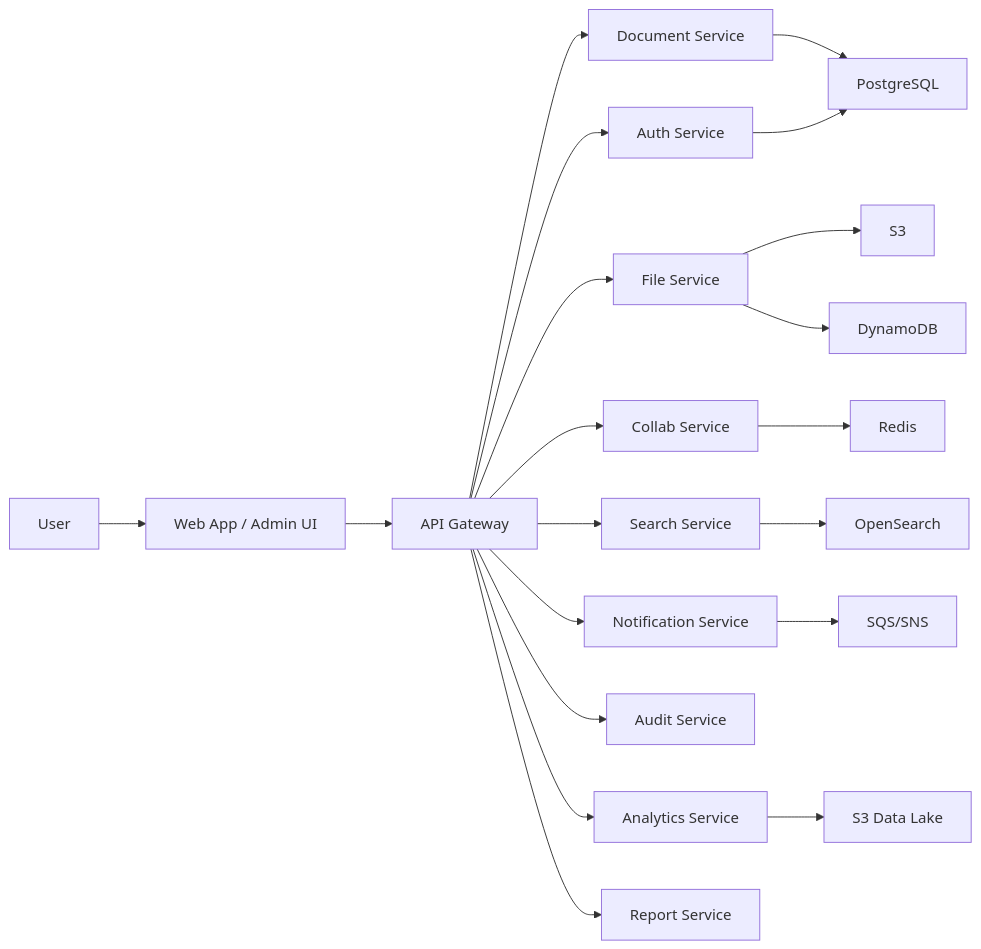
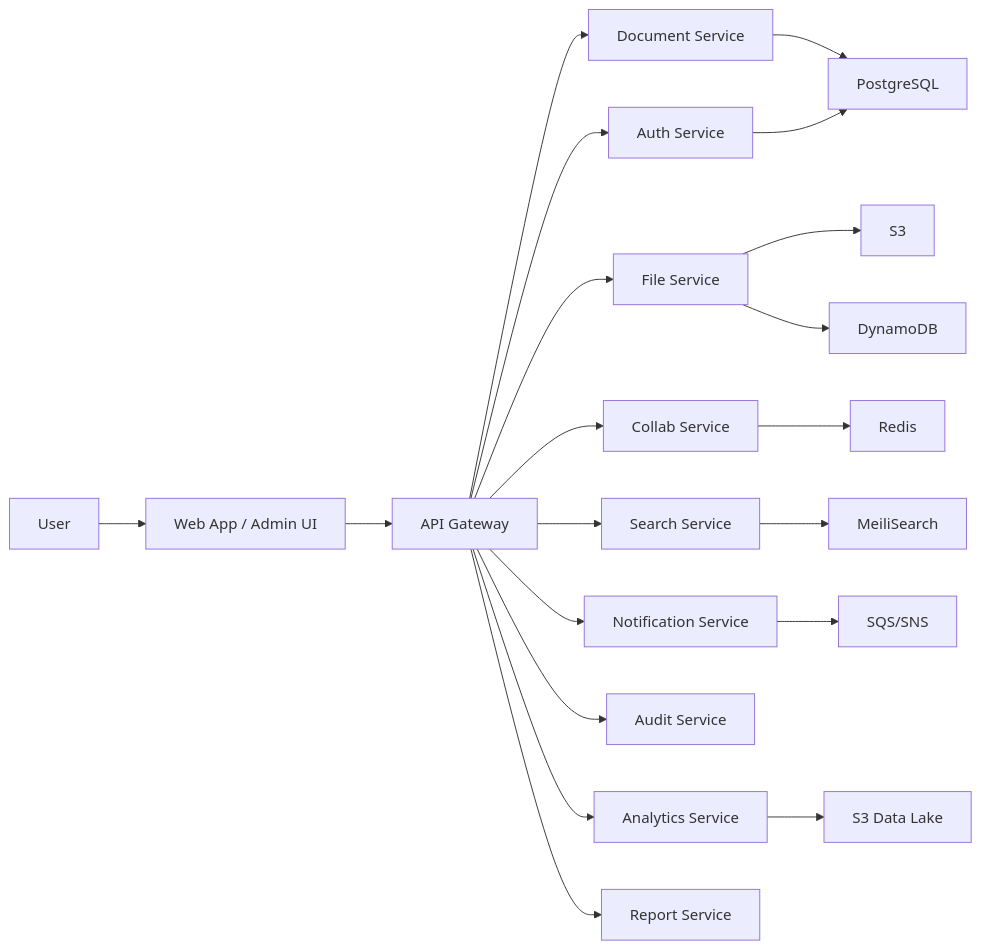
One commit to Cognition-Partner-Workshops/otterworks changed the first of 14 diagrams in docs/flows.md. Above: the diagram before and after it, drawn with Mermaid. The commit also changed other lines of this file and 20 other files, not shown here.

First line of the commit message:
refactor: remove OpenSearch entirely, migrate to MeiliSearch

````diff
--- a/docs/flows.md
+++ b/docs/flows.md
@@ -7,22 +7,22 @@
 ```mermaid
 flowchart LR
   U[User] --> W[Web App / Admin UI]
   W --> G[API Gateway]
   G --> A[Auth Service]
   G --> F[File Service]
   G --> D[Document Service]
   G --> C[Collab Service]
   G --> S[Search Service]
   G --> N[Notification Service]
   G --> AU[Audit Service]
   G --> AN[Analytics Service]
   G --> R[Report Service]
   F --> S3[S3]
   F --> DD[DynamoDB]
   D --> PG[PostgreSQL]
   A --> PG
   C --> RE[Redis]
-  S --> OS[OpenSearch]
+  S --> MS[MeiliSearch]
   N --> Q[SQS/SNS]
   AN --> DL[S3 Data Lake]
 ```
````
